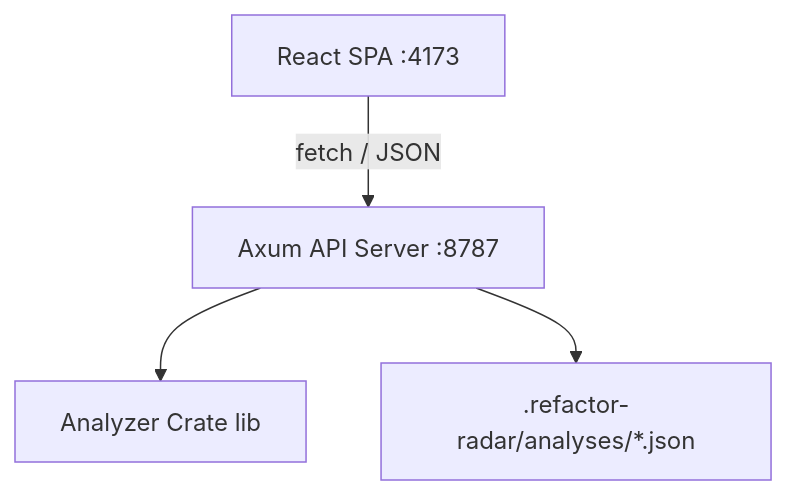
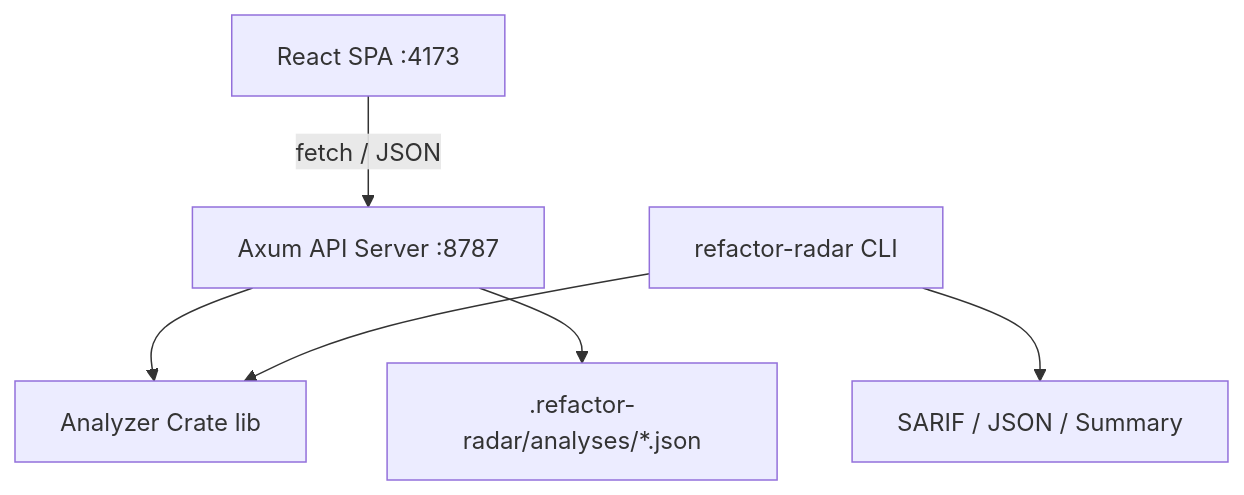
One commit to b91814513-commits/refactor-radar changed the diagram in README.md. Above: the diagram before and after it, drawn with Mermaid. The commit also changed other lines of this file and 27 other files, not shown here.

First line of the commit message:
feat: P0 usability improvements - CLI mode, SARIF output, config passthrough, UX fixes

````diff
--- a/README.md
+++ b/README.md
@@ -93,6 +121,8 @@
 ```mermaid
 graph TB
     A[React SPA :4173] -->|fetch / JSON| B[Axum API Server :8787]
     B --> C[Analyzer Crate lib]
     B --> D[.refactor-radar/analyses/*.json]
+    E[refactor-radar CLI] --> C
+    E --> F[SARIF / JSON / Summary]
 ```
````
